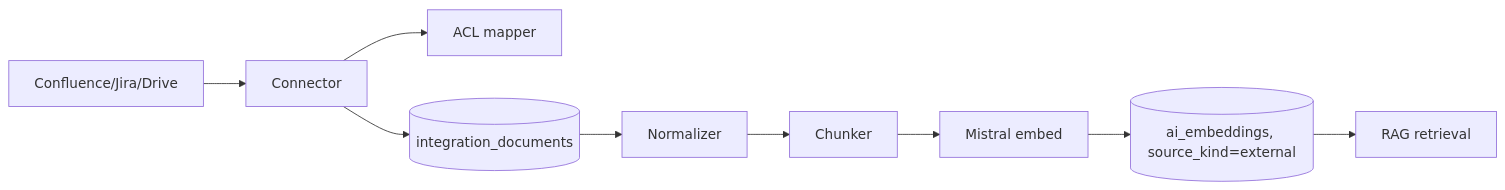
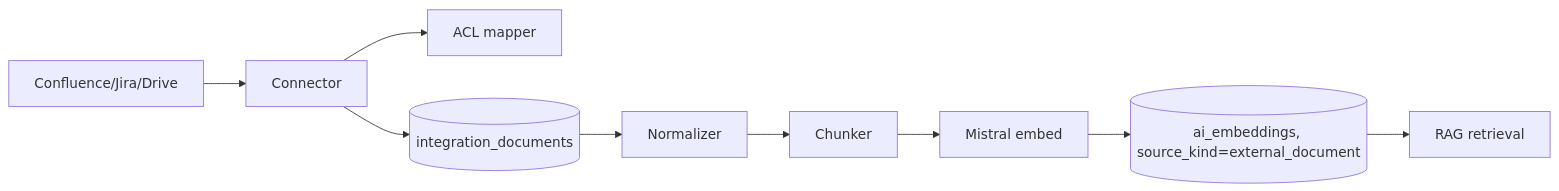
The seventh of 7 diagrams in docs/conqrhub/master-plan.md (Hibaoui-Yahya/ConqrHub), drawn with Mermaid before and after one commit. The commit also changed other lines of this file and 1 other file, not shown here.

````diff
--- a/docs/conqrhub/master-plan.md
+++ b/docs/conqrhub/master-plan.md
@@ -850,11 +874,11 @@
 ```mermaid
 flowchart LR
   EXT[Confluence/Jira/Drive] --> CONN[Connector]
   CONN --> ACL[ACL mapper]
   CONN --> STG[(integration_documents)]
   STG --> NORM[Normalizer]
   NORM --> CHK[Chunker]
   CHK --> EMB[Mistral embed]
-  EMB --> V[(ai_embeddings, source_kind=external)]
+  EMB --> V[(ai_embeddings, source_kind=external_document)]
   V --> RAG[RAG retrieval]
 ```
````
